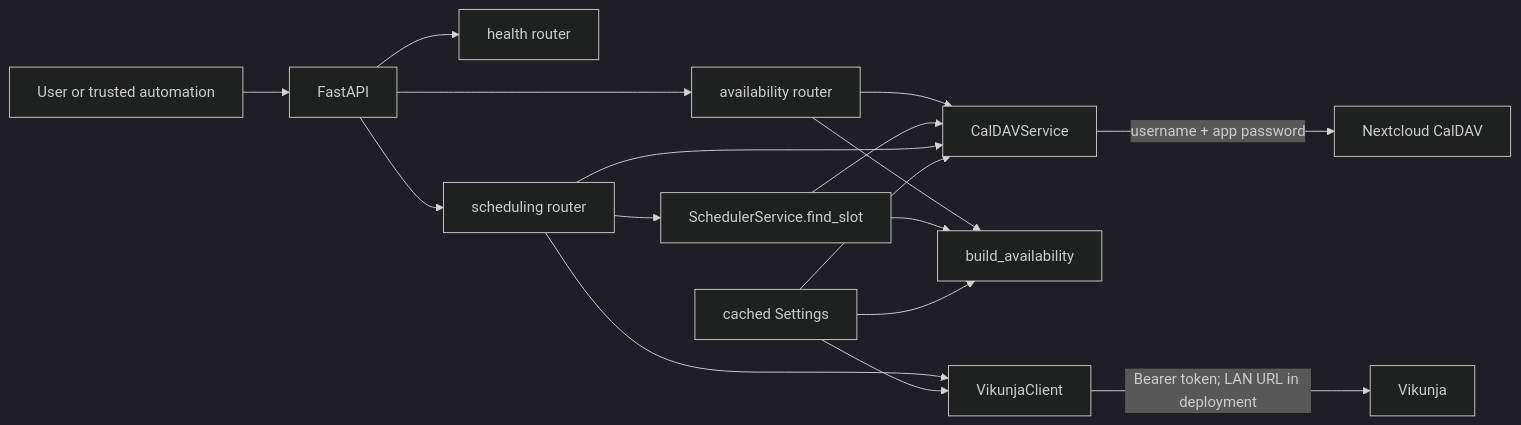
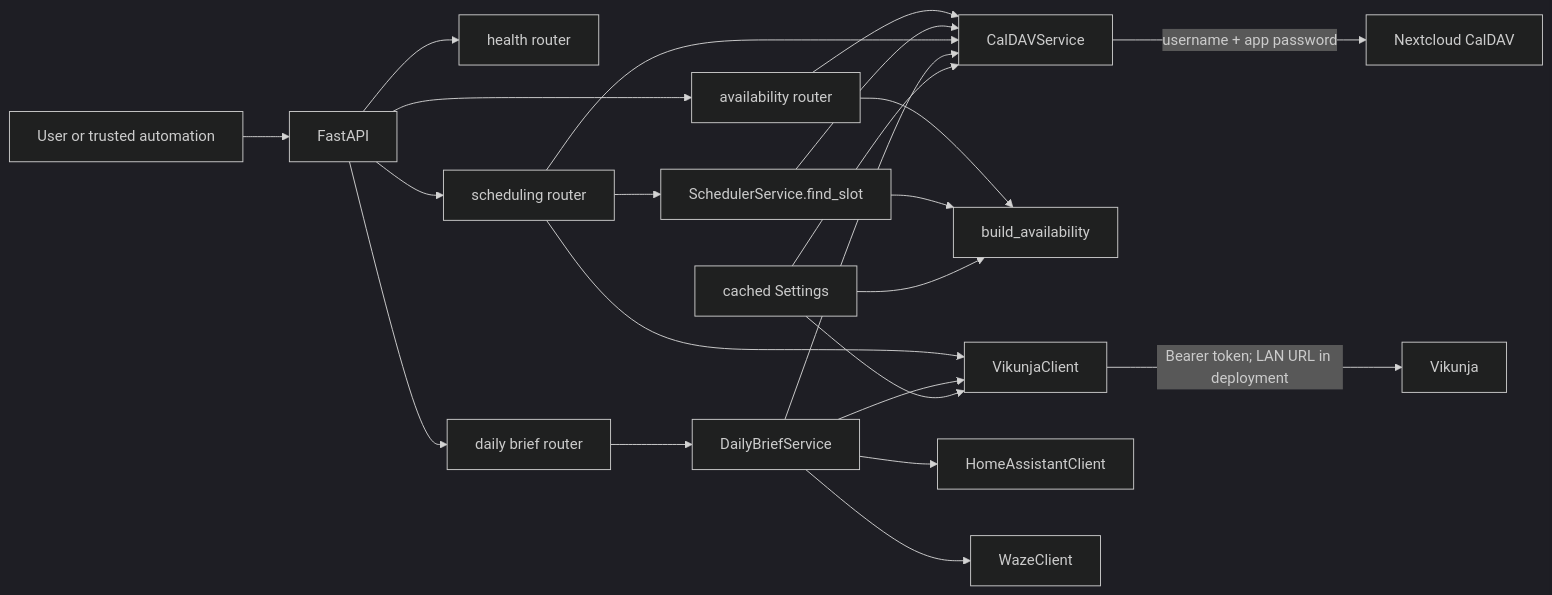
Before and after one commit to daviswmiller057/beacon-api: the diagram in docs/architecture.md, drawn with Mermaid (dark theme). The commit also changed other lines of this file and 23 other files, not shown here.

Commit message:
Implement Daily Brief MVP

````diff
--- a/docs/architecture.md
+++ b/docs/architecture.md
@@ -7,19 +7,25 @@
 ```mermaid
 flowchart LR
     Caller["User or trusted automation"] --> API["FastAPI"]
     API --> H["health router"]
     API --> AR["availability router"]
     API --> SR["scheduling router"]
     AR --> C["CalDAVService"]
     AR --> E["build_availability"]
     SR --> V["VikunjaClient"]
     SR --> S["SchedulerService.find_slot"]
     S --> C
     S --> E
     SR --> C
+    API --> DBR["daily brief router"]
+    DBR --> DBS["DailyBriefService"]
+    DBS --> C
+    DBS --> V
+    DBS --> HA["HomeAssistantClient"]
+    DBS --> W["WazeClient"]
     V -->|"Bearer token; LAN URL in deployment"| VS["Vikunja"]
     C -->|"username + app password"| NC["Nextcloud CalDAV"]
     CFG["cached Settings"] --> V
     CFG --> C
     CFG --> E
 ```
````
